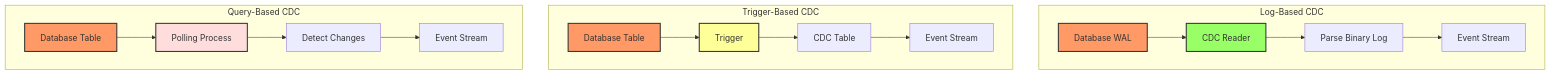
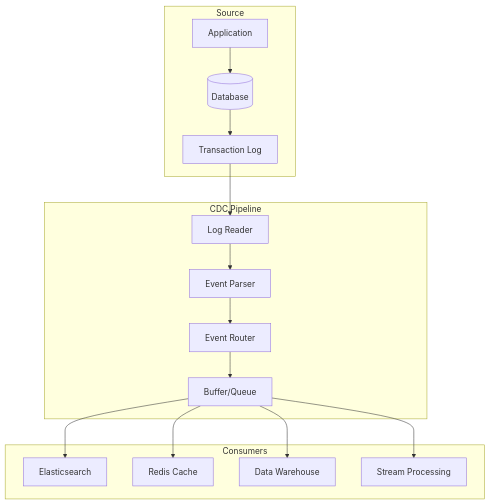
The second of 4 diagrams in docs/pattern-library/data-management/cdc.md (deepaucksharma/DStudio), drawn with Mermaid before and after one commit. The commit also changed other lines of this file and 64 other files, not shown here.

````diff
--- a/docs/pattern-library/data-management/cdc.md
+++ b/docs/pattern-library/data-management/cdc.md
@@ -125,29 +112,21 @@
 ```mermaid
 graph TB
-    subgraph "Log-Based CDC"
-        L1[Database WAL] --> L2[CDC Reader]
-        L2 --> L3[Parse Binary Log]
-        L3 --> L4[Event Stream]
-        
-        style L1 fill:#f96,stroke:#333,stroke-width:2px
-        style L2 fill:#9f6,stroke:#333,stroke-width:2px
+    subgraph "Source"
+        APP[Application] --> DB[(Database)]
+        DB --> LOG[Transaction Log]
     end
     
-    subgraph "Trigger-Based CDC"
-        T1[Database Table] --> T2[Trigger]
-        T2 --> T3[CDC Table]
-        T3 --> T4[Event Stream]
-        
-        style T1 fill:#f96,stroke:#333,stroke-width:2px
-        style T2 fill:#ff9,stroke:#333,stroke-width:2px
+    subgraph "CDC Pipeline"
+        LOG --> READER[Log Reader]
+        READER --> PARSER[Event Parser]
+        PARSER --> ROUTER[Event Router]
+        ROUTER --> BUFFER[Buffer/Queue]
     end
     
-    subgraph "Query-Based CDC"
-        Q1[Database Table] --> Q2[Polling Process]
-        Q2 --> Q3[Detect Changes]
-        Q3 --> Q4[Event Stream]
-        
-        style Q1 fill:#f96,stroke:#333,stroke-width:2px
-        style Q2 fill:#fdd,stroke:#333,stroke-width:2px
+    subgraph "Consumers"
+        BUFFER --> ES[Elasticsearch]
+        BUFFER --> CACHE[Redis Cache]
+        BUFFER --> DW[Data Warehouse]
+        BUFFER --> STREAM[Stream Processing]
     end
 ```
````
